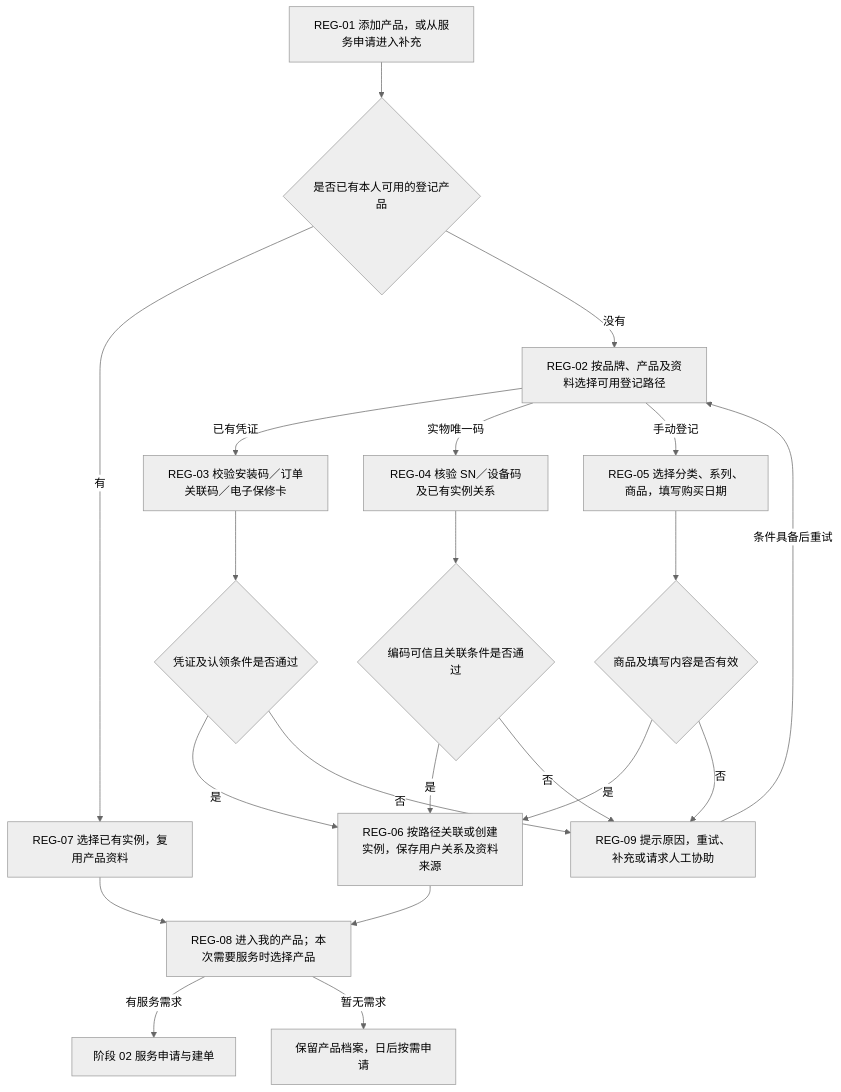
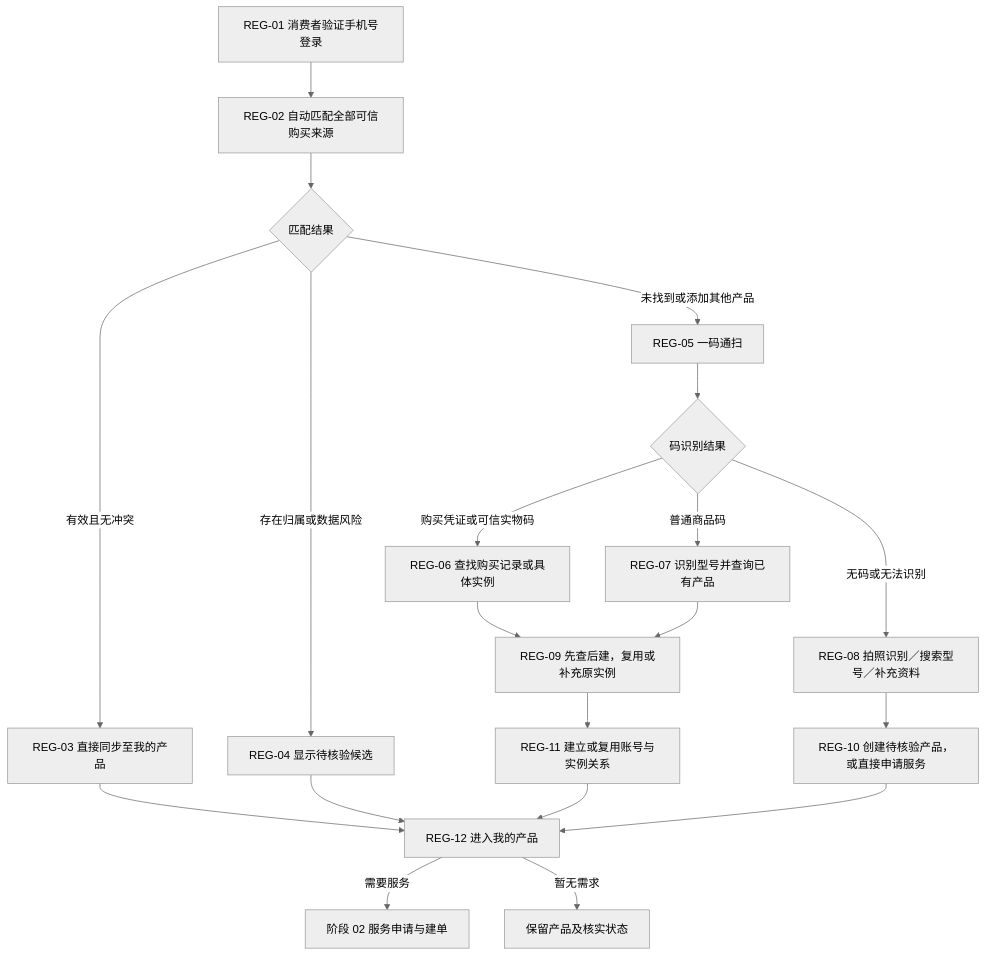
The diagram in 05-业务流程/01-商品注册与绑定.md (zhiyuan23/toto-after-sales-docs), drawn with Mermaid (neutral theme) before and after one commit. The commit also changed other lines of this file and 8 other files, not shown here.

````diff
--- a/05-业务流程/01-商品注册与绑定.md
+++ b/05-业务流程/01-商品注册与绑定.md
@@ -18,23 +18,22 @@
 ```mermaid
 flowchart TD
-    REG_01[REG-01 添加产品，或从服务申请进入补充] --> A{是否已有本人可用的登记产品}
-    A -->|有| REG_07[REG-07 选择已有实例，复用产品资料]
-    A -->|没有| REG_02[REG-02 按品牌、产品及资料选择可用登记路径]
-    REG_02 -->|已有凭证| REG_03[REG-03 校验安装码／订单关联码／电子保修卡]
-    REG_02 -->|实物唯一码| REG_04[REG-04 核验 SN／设备码及已有实例关系]
-    REG_02 -->|手动登记| REG_05[REG-05 选择分类、系列、商品，填写购买日期]
-    REG_03 --> B{凭证及认领条件是否通过}
-    REG_04 --> C{编码可信且关联条件是否通过}
-    REG_05 --> D{商品及填写内容是否有效}
-    B -->|是| REG_06[REG-06 按路径关联或创建实例，保存用户关系及资料来源]
-    C -->|是| REG_06
-    D -->|是| REG_06
-    B -->|否| REG_09[REG-09 提示原因，重试、补充或请求人工协助]
-    C -->|否| REG_09
-    D -->|否| REG_09
-    REG_09 -->|条件具备后重试| REG_02
-    REG_06 --> REG_08[REG-08 进入我的产品；本次需要服务时选择产品]
-    REG_07 --> REG_08
-    REG_08 -->|有服务需求| NEXT[阶段 02 服务申请与建单]
-    REG_08 -->|暂无需求| SAVED[保留产品档案，日后按需申请]
+    REG_01[REG-01 消费者验证手机号登录] --> REG_02[REG-02 自动匹配全部可信购买来源]
+    REG_02 --> A{匹配结果}
+    A -->|有效且无冲突| REG_03[REG-03 直接同步至我的产品]
+    A -->|存在归属或数据风险| REG_04[REG-04 显示待核验候选]
+    A -->|未找到或添加其他产品| REG_05[REG-05 一码通扫]
+    REG_05 --> B{码识别结果}
+    B -->|购买凭证或可信实物码| REG_06[REG-06 查找购买记录或具体实例]
+    B -->|普通商品码| REG_07[REG-07 识别型号并查询已有产品]
+    B -->|无码或无法识别| REG_08[REG-08 拍照识别／搜索型号／补充资料]
+    REG_06 --> REG_09[REG-09 先查后建，复用或补充原实例]
+    REG_07 --> REG_09
+    REG_08 --> REG_10[REG-10 创建待核验产品，或直接申请服务]
+    REG_09 --> REG_11[REG-11 建立或复用账号与实例关系]
+    REG_03 --> REG_12[REG-12 进入我的产品]
+    REG_04 --> REG_12
+    REG_11 --> REG_12
+    REG_10 --> REG_12
+    REG_12 -->|需要服务| NEXT[阶段 02 服务申请与建单]
+    REG_12 -->|暂无需求| SAVED[保留产品及核实状态]
 ```
````
